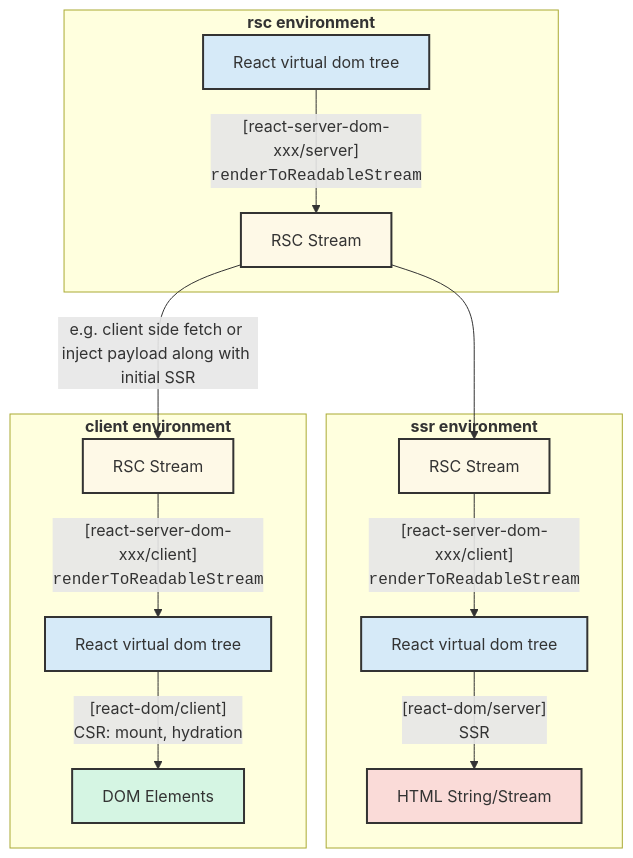
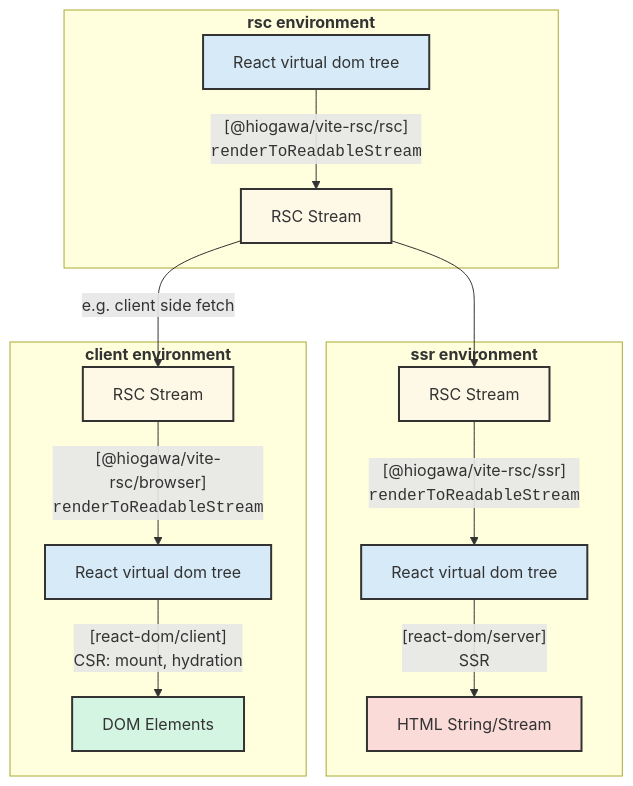
One commit to hi-ogawa/vite-plugins changed the diagram in packages/rsc/README.md. Above: the diagram before and after it, drawn with Mermaid.

````diff
--- a/packages/rsc/README.md
+++ b/packages/rsc/README.md
@@ -25,29 +25,29 @@
 ```mermaid
 graph TD
 
     subgraph "<strong>rsc environment</strong>"
-        A["React virtual dom tree"] --> |"[react-server-dom-xxx/server]<br /><code>renderToReadableStream</code>"| B1["RSC Stream"];
+        A["React virtual dom tree"] --> |"[@hiogawa/vite-rsc/rsc]<br /><code>renderToReadableStream</code>"| B1["RSC Stream"];
     end
 
     B1 --> B2
-    B1 --> |"e.g. client side fetch or inject payload along with initial SSR"| B3
+    B1 --> |"e.g. client side fetch"| B3
 
     subgraph "<strong>ssr environment</strong>"
-        B2["RSC Stream"] --> |"[react-server-dom-xxx/client]<br /><code>renderToReadableStream</code>"| C1["React virtual dom tree"];
+        B2["RSC Stream"] --> |"[@hiogawa/vite-rsc/ssr]<br /><code>renderToReadableStream</code>"| C1["React virtual dom tree"];
         C1 --> |"[react-dom/server]<br/>SSR"| E["HTML String/Stream"];
     end
 
     subgraph "<strong>client environment</strong>"
-        B3["RSC Stream"] --> |"[react-server-dom-xxx/client]<br /><code>renderToReadableStream</code>"| C2["React virtual dom tree"];
+        B3["RSC Stream"] --> |"[@hiogawa/vite-rsc/browser]<br /><code>renderToReadableStream</code>"| C2["React virtual dom tree"];
         C2 --> |"[react-dom/client]<br/>CSR: mount, hydration"| D["DOM Elements"];
     end
 
     style A fill:#D6EAF8,stroke:#333,stroke-width:2px
     style B1 fill:#FEF9E7,stroke:#333,stroke-width:2px
     style B2 fill:#FEF9E7,stroke:#333,stroke-width:2px
     style B3 fill:#FEF9E7,stroke:#333,stroke-width:2px
     style C1 fill:#D6EAF8,stroke:#333,stroke-width:2px
     style C2 fill:#D6EAF8,stroke:#333,stroke-width:2px
     style D fill:#D5F5E3,stroke:#333,stroke-width:2px
     style E fill:#FADBD8,stroke:#333,stroke-width:2px
 ```
````
